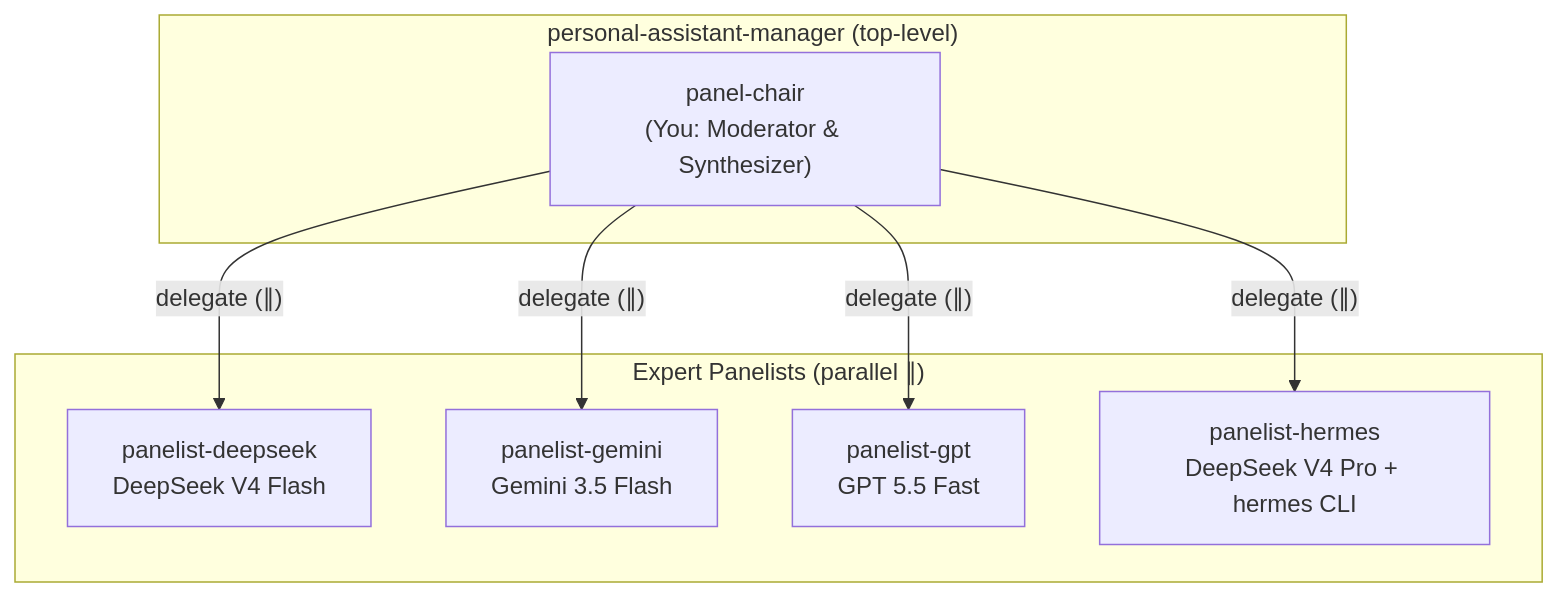
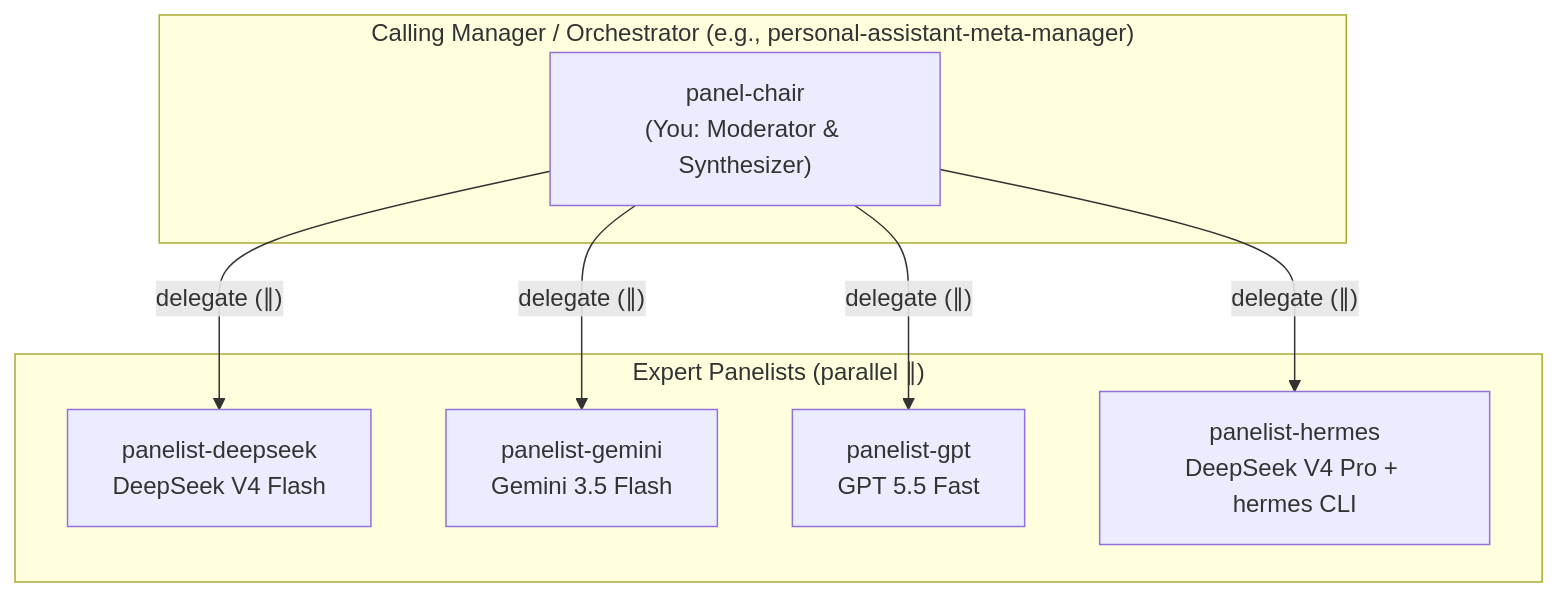
The first of 2 diagrams in .opencode/agents/panel-chair.md (T-1009/personal-assistant), drawn with Mermaid before and after one commit. The commit also changed other lines of this file and 9 other files, not shown here.

First line of the commit message:
feat: split personal-assistant-manager into meta and dev phase orchestrators

````diff
--- a/.opencode/agents/panel-chair.md
+++ b/.opencode/agents/panel-chair.md
@@ -26,16 +26,16 @@
 ```mermaid
 flowchart TD
-    subgraph TOP["personal-assistant-manager (top-level)"]
+    subgraph TOP["Calling Manager / Orchestrator (e.g., personal-assistant-meta-manager)"]
         YOU["panel-chair<br/>(You: Moderator & Synthesizer)"]
     end
     subgraph PANELISTS["Expert Panelists (parallel ∥)"]
         DS["panelist-deepseek<br/>DeepSeek V4 Flash"]
         GM["panelist-gemini<br/>Gemini 3.5 Flash"]
         GT["panelist-gpt<br/>GPT 5.5 Fast"]
         HR["panelist-hermes<br/>DeepSeek V4 Pro + hermes CLI"]
     end
     YOU -->|"delegate (∥)"| DS
     YOU -->|"delegate (∥)"| GM
     YOU -->|"delegate (∥)"| GT
     YOU -->|"delegate (∥)"| HR
 ```
````
